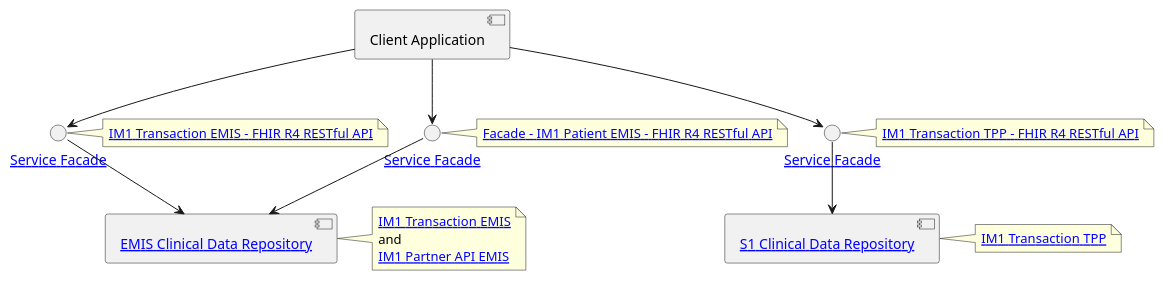
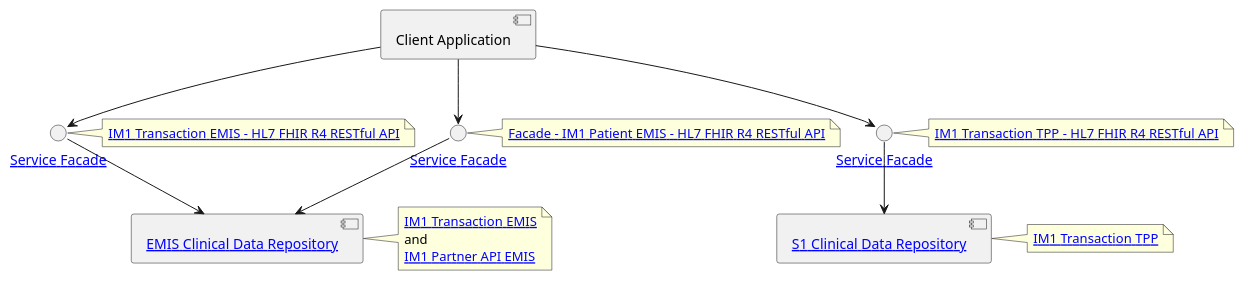
Before and after one commit to KevinMayfield/VirtuallyHealthcare: the diagram in input/images-source/component-im1.plantuml, drawn with PlantUML.

Commit message:
Override of identifier type

```diff
--- a/input/images-source/component-im1.plantuml
+++ b/input/images-source/component-im1.plantuml
@@ -1,42 +1,42 @@
 @startuml
 
 component ClientApplication as "Client Application"
 
 interface facade as "[[ActorDefinition-ServiceFacade.html Service Facade]]"
 note right
-[[CapabilityStatement-IM1TransactionEMISFacade.html IM1 Transaction EMIS - FHIR R4 RESTful API]]
+[[CapabilityStatement-IM1TransactionEMISFacade.html IM1 Transaction EMIS - HL7 FHIR R4 RESTful API]]
 end note
 
 component "[[ActorDefinition-ClinicalDataRepository.html EMIS Clinical Data Repository]]" as CDR
 note right
 [[https://digital.nhs.uk/services/gp-it-futures-systems/im1-pairing-integration/interface-mechanisms-guidance#transaction IM1 Transaction EMIS]]
 and
 [[https://digital.nhs.uk/services/gp-it-futures-systems/im1-pairing-integration/interface-mechanisms-guidance#partner-api IM1 Partner API EMIS]]
 end note
 
 component "[[ActorDefinition-ClinicalDataRepository.html S1 Clinical Data Repository]]" as CDRS1
 note right
 [[https://digital.nhs.uk/services/gp-it-futures-systems/im1-pairing-integration/interface-mechanisms-guidance#transaction IM1 Transaction TPP]]
 end note
 
 
 
 interface facadePFS as "[[ActorDefinition-ServiceFacade.html Service Facade]]"
 note right
-[[CapabilityStatement-IM1PatientEMISFacade.html Facade - IM1 Patient EMIS - FHIR R4 RESTful API]]
+[[CapabilityStatement-IM1PatientEMISFacade.html Facade - IM1 Patient EMIS - HL7 FHIR R4 RESTful API]]
 end note
 
 interface facadeTPP as "[[ActorDefinition-ServiceFacade.html Service Facade]]"
 note right
-[[CapabilityStatement-IM1TransactionTPPFacade.html IM1 Transaction TPP - FHIR R4 RESTful API]]
+[[CapabilityStatement-IM1TransactionTPPFacade.html IM1 Transaction TPP - HL7 FHIR R4 RESTful API]]
 end note
 
 ClientApplication -d-> facade
 ClientApplication -d-> facadePFS
 ClientApplication -d-> facadeTPP
 
 facadePFS -d-> CDR
 facade -d-> CDR
 facadeTPP -d-> CDRS1
 
 @enduml
```
